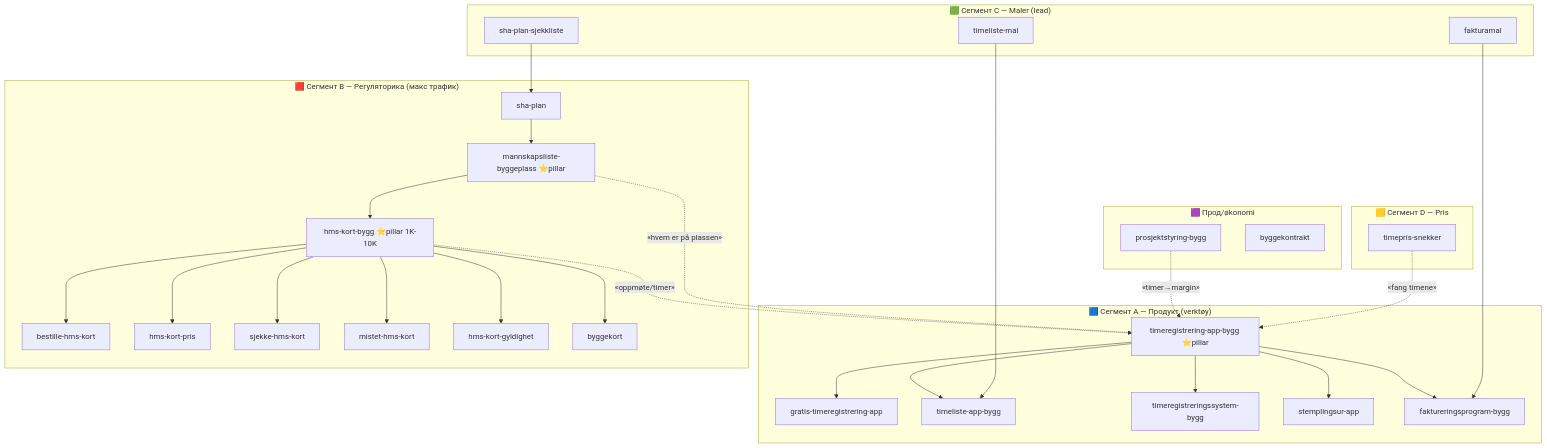
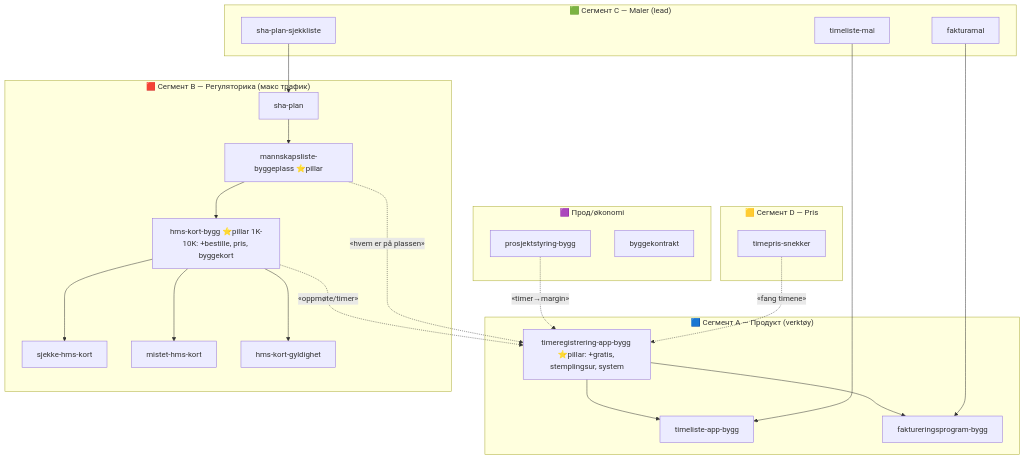
The diagram in docs/seo/no-innholdsarkitektur.md (alexgeho/ByggExp-NextJs), drawn with Mermaid before and after one commit. The commit also changed 1 other file, not shown here.

Commit message:
docs(seo): byggexp.no wave 2 in architecture map and TASKS

````diff
--- a/docs/seo/no-innholdsarkitektur.md
+++ b/docs/seo/no-innholdsarkitektur.md
@@ -19,44 +19,39 @@
 ```mermaid
 graph TD
+  %% 2026-11-01 wave 2: 6 thin pages merged into the two pillars (301, next.config.mjs)
   subgraph A["🟦 Сегмент A — Продукт (verktøy)"]
-    A1[timeregistrering-app-bygg ⭐pillar]
-    A1 --> A2[gratis-timeregistrering-app]
+    A1[timeregistrering-app-bygg ⭐pillar: +gratis, stemplingsur, system]
     A1 --> A3[timeliste-app-bygg]
-    A1 --> A4[timeregistreringssystem-bygg]
-    A1 --> A5[stemplingsur-app]
     A1 --> A6[faktureringsprogram-bygg]
   end
   subgraph B["🟥 Сегмент B — Регуляторика (макс трафик)"]
-    B1[hms-kort-bygg ⭐pillar 1K-10K]
-    B1 --> B2[bestille-hms-kort]
-    B1 --> B3[hms-kort-pris]
+    B1[hms-kort-bygg ⭐pillar 1K-10K: +bestille, pris, byggekort]
     B1 --> B4[sjekke-hms-kort]
     B1 --> B5[mistet-hms-kort]
     B1 --> B6[hms-kort-gyldighet]
-    B1 --> B7[byggekort]
     B8[mannskapsliste-byggeplass ⭐pillar]
     B8 --> B1
     B9[sha-plan]
     B9 --> B8
   end
   subgraph C["🟩 Сегмент C — Maler (lead)"]
     C1[timeliste-mal]
     C2[fakturamal]
     C3[sha-plan-sjekkliste]
   end
   subgraph D["🟨 Сегмент D — Pris"]
     D1[timepris-snekker]
   end
   subgraph P["🟪 Прод/økonomi"]
     P1[prosjektstyring-bygg]
     P2[byggekontrakt]
   end
   %% Мосты между хабами
   B1 -. «oppmøte/timer» .-> A1
   B8 -. «hvem er på plassen» .-> A1
   P1 -. «timer→margin» .-> A1
   D1 -. «fang timene» .-> A1
   C1 --> A3
   C2 --> A6
   C3 --> B9
 ```
````
